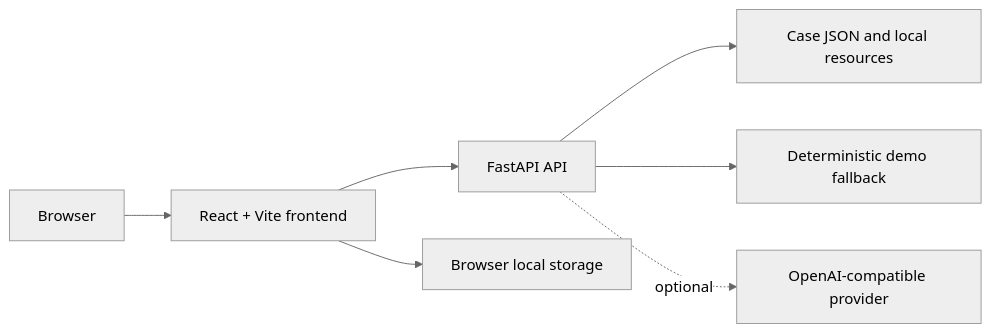
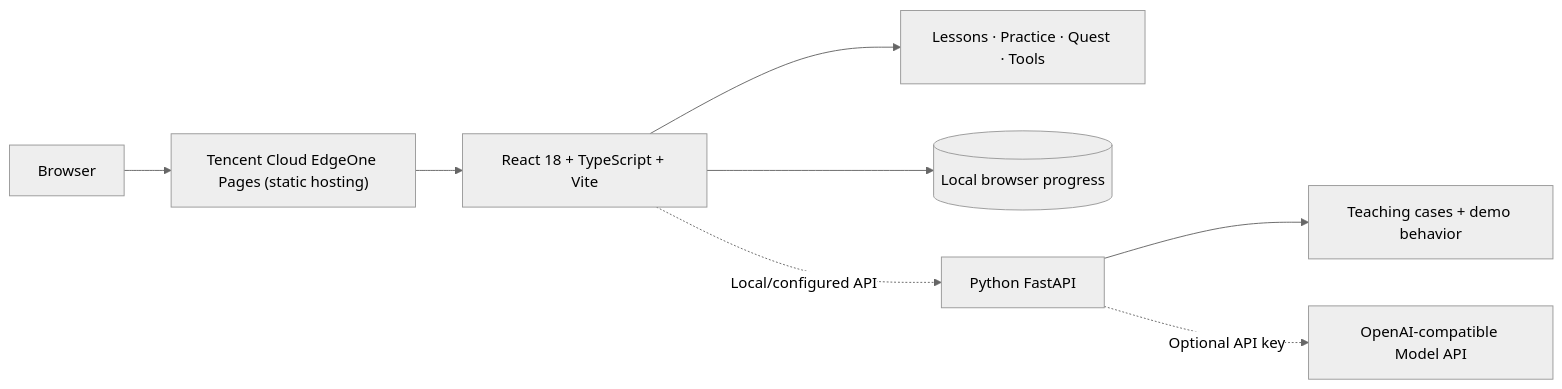
Before and after one commit to Xiaotian69/modelingbridge: the second of 2 diagrams in README.en.md, drawn with Mermaid (neutral theme). The commit also changed other lines of this file and 2 other files, not shown here.

````diff
--- a/README.en.md
+++ b/README.en.md
@@ -65,9 +176,10 @@
 ```mermaid
 flowchart LR
-    B[Browser] --> F[React + Vite frontend]
-    F --> A[FastAPI API]
-    A --> C[Case JSON and local resources]
-    A --> D[Deterministic demo fallback]
-    A -. optional .-> L[OpenAI-compatible provider]
-    F --> S[Browser local storage]
+    U["Browser"] --> E["Tencent Cloud EdgeOne Pages (static hosting)"]
+    E --> W["React 18 + TypeScript + Vite"]
+    W --> I["Lessons · Practice · Quest · Tools"]
+    W --> L[("Local browser progress")]
+    W -. "Local/configured API" .-> A["Python FastAPI"]
+    A --> C["Teaching cases + demo behavior"]
+    A -. "Optional API key" .-> M["OpenAI-compatible Model API"]
 ```
````
